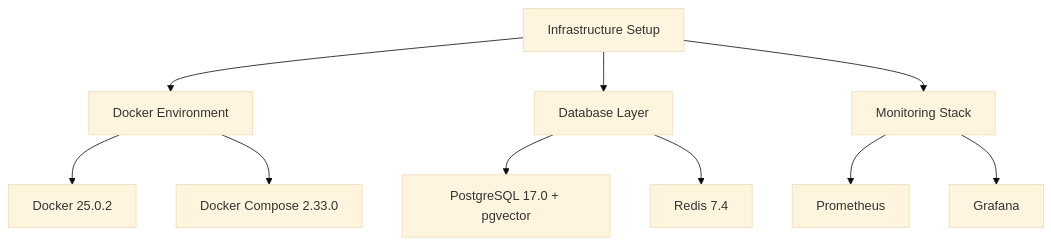
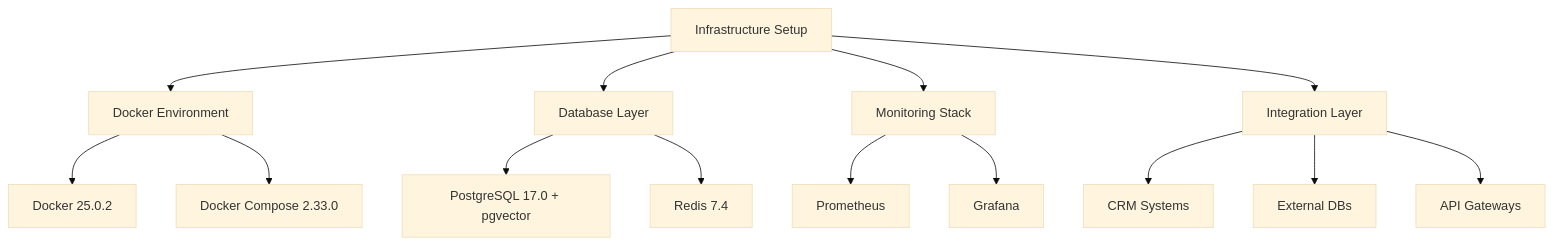
Before and after one commit to jihadajUAEU/bluemeshv2: the first of 7 diagrams in IMPLEMENTATION.md, drawn with Mermaid (base theme). The commit also changed other lines of this file and 1 other file, not shown here.

Commit message:
Enhance README.md with detailed Integration Layer architecture, security features, and Keycloak configuration instructions

````diff
--- a/IMPLEMENTATION.md
+++ b/IMPLEMENTATION.md
@@ -10,12 +10,20 @@
 ```mermaid
 graph TD
     A[Infrastructure Setup] --> B[Docker Environment]
     A --> C[Database Layer]
     A --> D[Monitoring Stack]
-    B --> E[Docker 25.0.2]
-    B --> F[Docker Compose 2.33.0]
-    C --> G[PostgreSQL 17.0 + pgvector]
-    C --> H[Redis 7.4]
-    D --> I[Prometheus]
-    D --> J[Grafana]
+    A --> E[Integration Layer]
+    
+    B --> F[Docker 25.0.2]
+    B --> G[Docker Compose 2.33.0]
+    
+    C --> H[PostgreSQL 17.0 + pgvector]
+    C --> I[Redis 7.4]
+    
+    D --> J[Prometheus]
+    D --> K[Grafana]
+    
+    E --> L[CRM Systems]
+    E --> M[External DBs]
+    E --> N[API Gateways]
 ```
````
